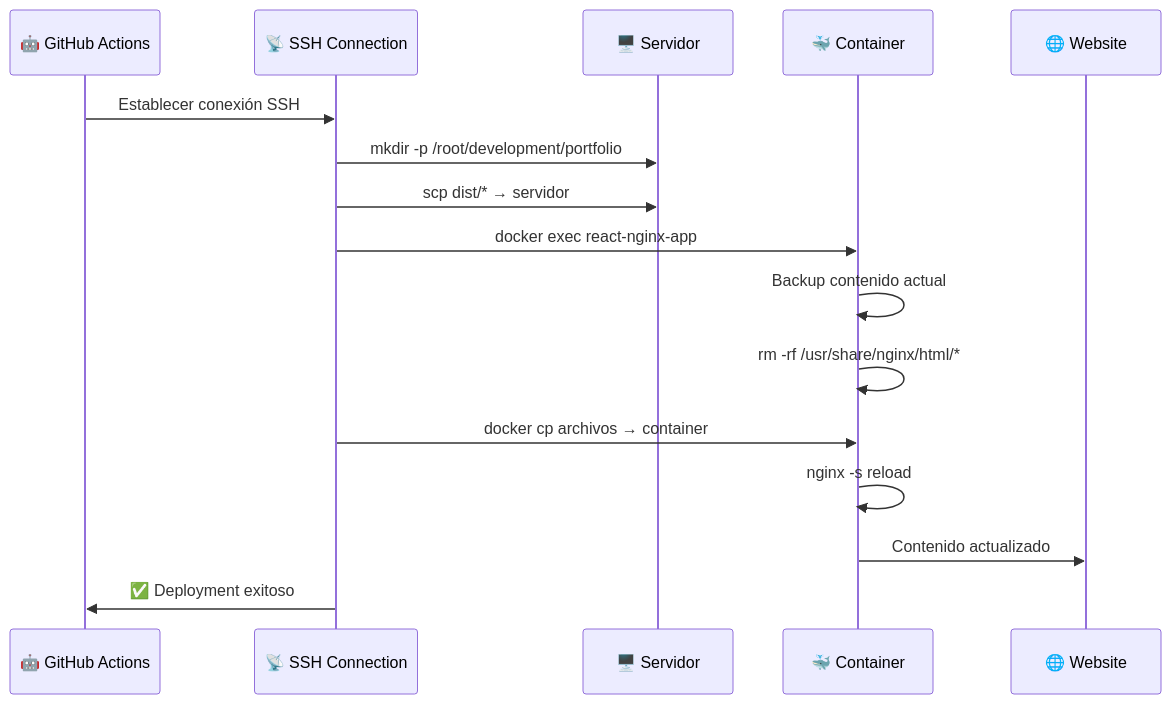
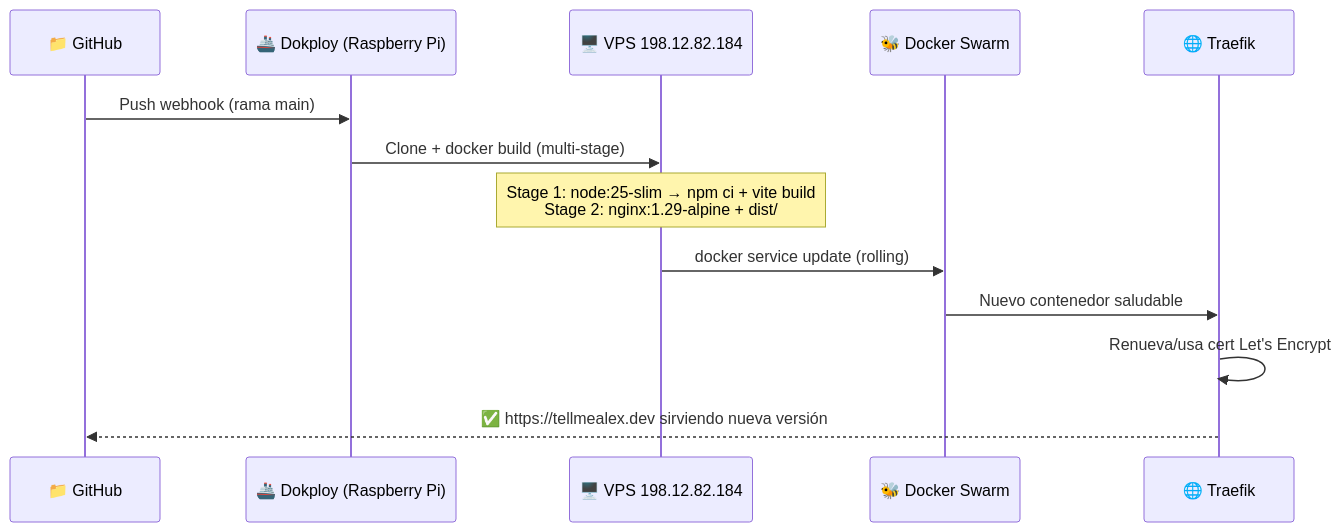
The fifth of 9 diagrams in docs/CI-CD.md (TellMeAlex/portfolio), drawn with Mermaid before and after one commit. The commit also changed other lines of this file and 1 other file, not shown here.

First line of the commit message:
docs: rewrite CI-CD.md and TROUBLESHOOTING.md for Dokploy deploy (#92)

````diff
--- a/docs/CI-CD.md
+++ b/docs/CI-CD.md
@@ -80,19 +118,16 @@
 ```mermaid
 sequenceDiagram
-    participant GHA as 🤖 GitHub Actions
-    participant SSH as 📡 SSH Connection
-    participant Server as 🖥️ Servidor
-    participant Docker as 🐳 Container
-    participant Web as 🌐 Website
+    participant Git as 📁 GitHub
+    participant DOK as 🚢 Dokploy (Raspberry Pi)
+    participant VPS as 🖥️ VPS 198.12.82.184
+    participant SWARM as 🐝 Docker Swarm
+    participant TRAEFIK as 🌐 Traefik
 
-    GHA->>SSH: Establecer conexión SSH
-    SSH->>Server: mkdir -p /root/development/portfolio
-    SSH->>Server: scp dist/* → servidor
-    SSH->>Docker: docker exec react-nginx-app
-    Docker->>Docker: Backup contenido actual
-    Docker->>Docker: rm -rf /usr/share/nginx/html/*
-    SSH->>Docker: docker cp archivos → container
-    Docker->>Docker: nginx -s reload
-    Docker->>Web: Contenido actualizado
-    SSH->>GHA: ✅ Deployment exitoso
+    Git->>DOK: Push webhook (rama main)
+    DOK->>VPS: Clone + docker build (multi-stage)
+    Note over VPS: Stage 1: node:25-slim → npm ci + vite build<br/>Stage 2: nginx:1.29-alpine + dist/
+    VPS->>SWARM: docker service update (rolling)
+    SWARM->>TRAEFIK: Nuevo contenedor saludable
+    TRAEFIK->>TRAEFIK: Renueva/usa cert Let's Encrypt
+    TRAEFIK-->>Git: ✅ https://tellmealex.dev sirviendo nueva versión
 ```
````
